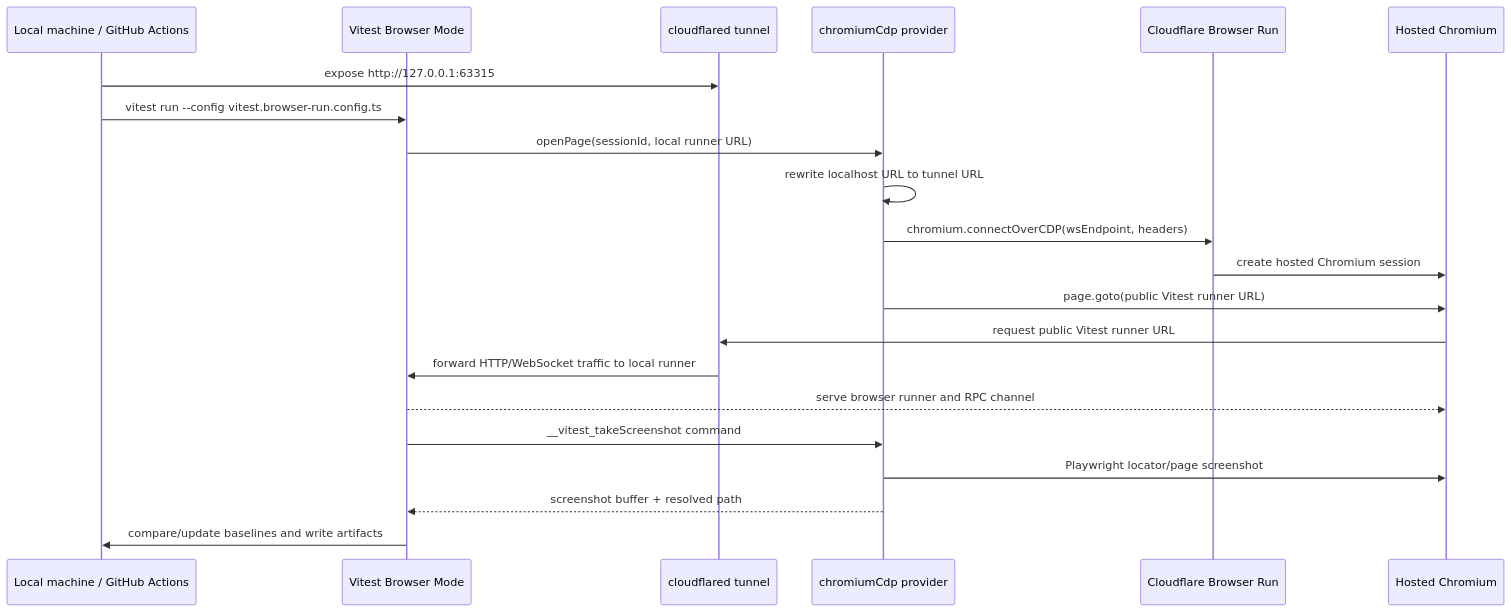
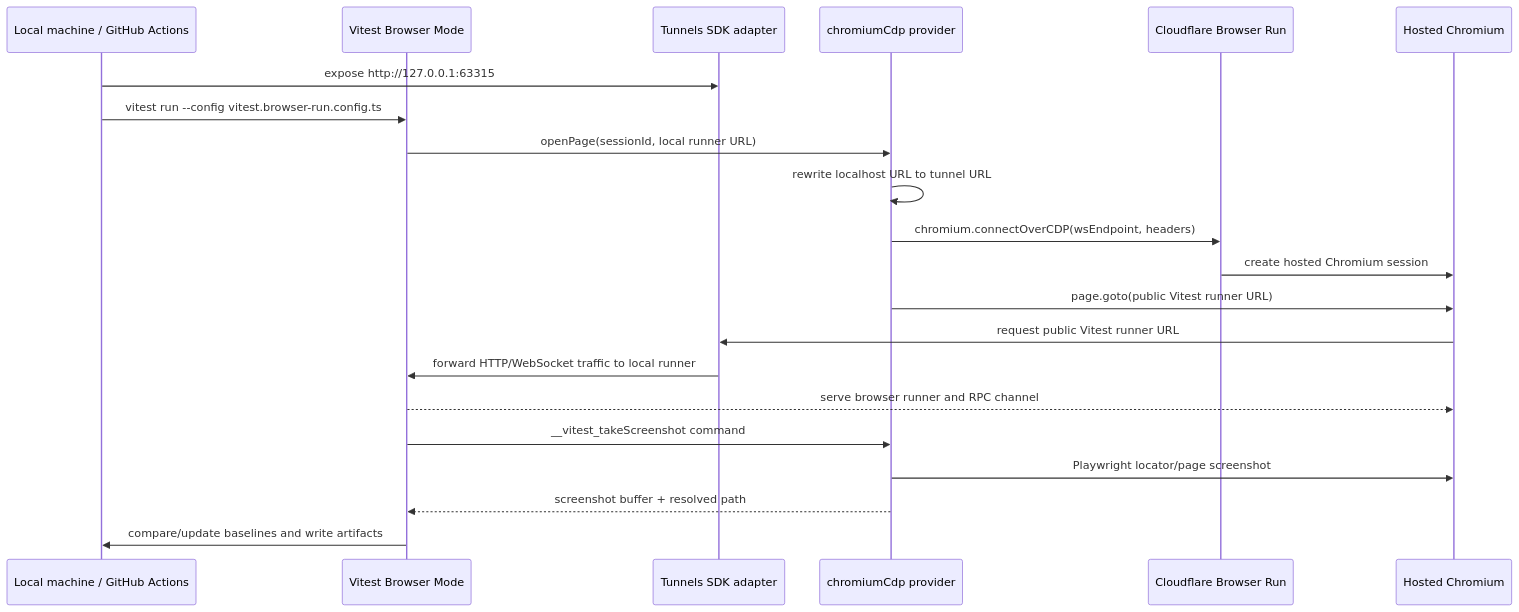
One commit to irvinebroque/vitest-browser-run changed the diagram in README.md. Above: the diagram before and after it, drawn with Mermaid. The commit also changed other lines of this file and 5 other files, not shown here.

Commit message:
Add Tunnels SDK tunnel adapter

````diff
--- a/README.md
+++ b/README.md
@@ -15,24 +15,24 @@
 ```mermaid
 sequenceDiagram
   participant CI as Local machine / GitHub Actions
   participant Vitest as Vitest Browser Mode
-  participant Tunnel as cloudflared tunnel
+  participant Tunnel as Tunnels SDK adapter
   participant Provider as chromiumCdp provider
   participant BR as Cloudflare Browser Run
   participant Chrome as Hosted Chromium
 
   CI->>Tunnel: expose http://127.0.0.1:63315
   CI->>Vitest: vitest run --config vitest.browser-run.config.ts
   Vitest->>Provider: openPage(sessionId, local runner URL)
   Provider->>Provider: rewrite localhost URL to tunnel URL
   Provider->>BR: chromium.connectOverCDP(wsEndpoint, headers)
   BR->>Chrome: create hosted Chromium session
   Provider->>Chrome: page.goto(public Vitest runner URL)
   Chrome->>Tunnel: request public Vitest runner URL
   Tunnel->>Vitest: forward HTTP/WebSocket traffic to local runner
   Vitest-->>Chrome: serve browser runner and RPC channel
   Vitest->>Provider: __vitest_takeScreenshot command
   Provider->>Chrome: Playwright locator/page screenshot
   Provider-->>Vitest: screenshot buffer + resolved path
   Vitest->>CI: compare/update baselines and write artifacts
 ```
````
